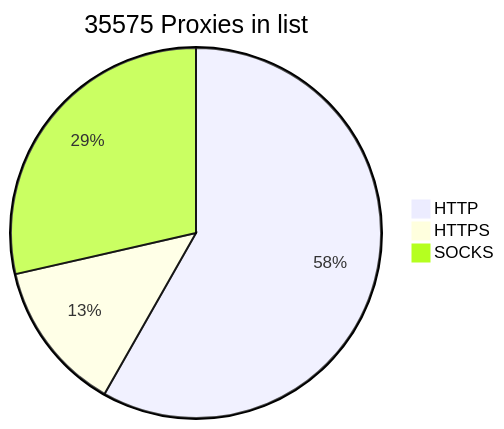
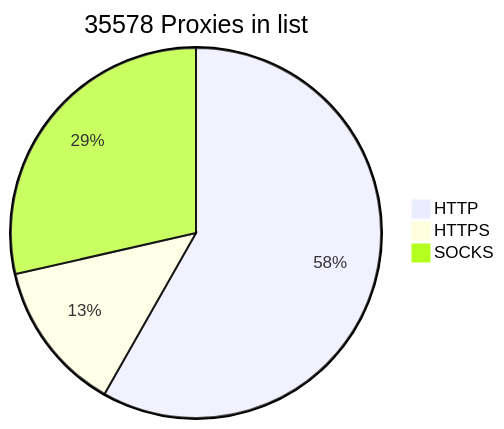
Before and after one commit to BlackSnowDot/proxylist-update-every-minute: the diagram in README.md, drawn with Mermaid.

````diff
--- a/README.md
+++ b/README.md
@@ -2,6 +2,6 @@
 ```mermaid
-pie title 35575 Proxies in list
-    "HTTP" : 23010
-    "HTTPS": 5220
+pie title 35578 Proxies in list
+    "HTTP" : 23013
+    "HTTPS": 5224
     "SOCKS" : 11290
 ```
````
